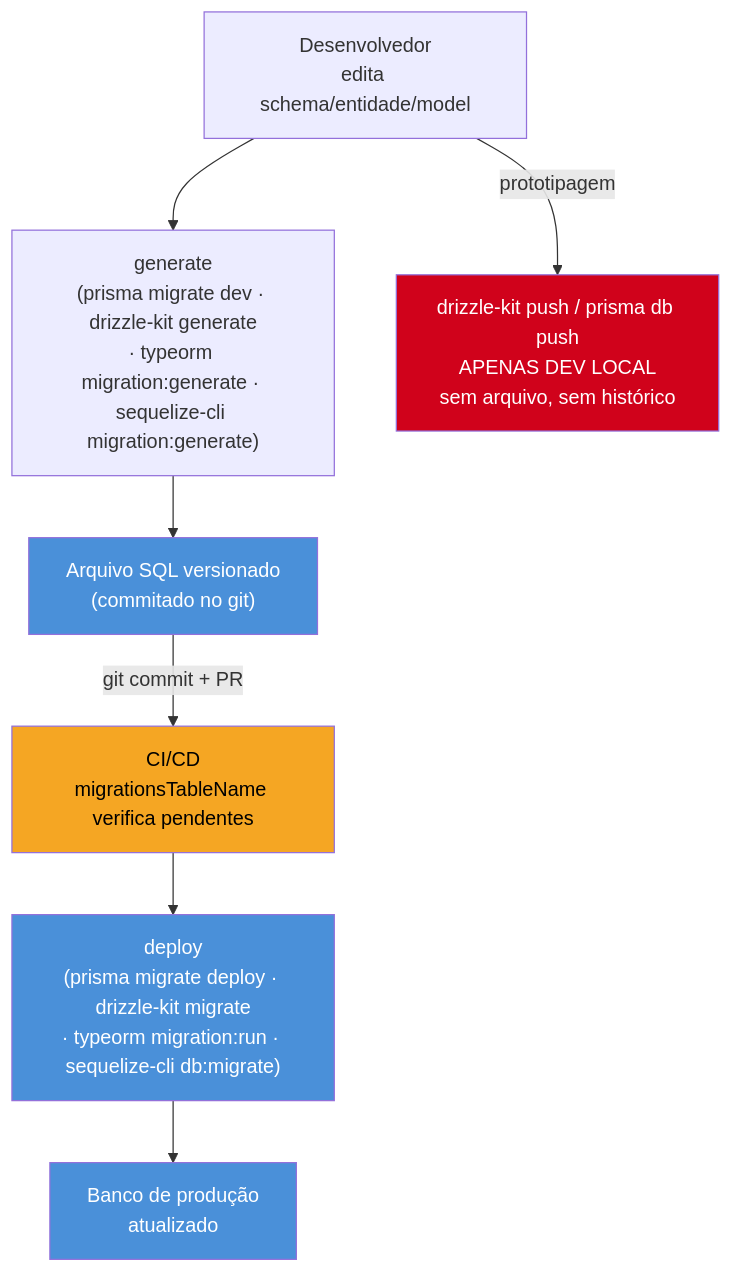
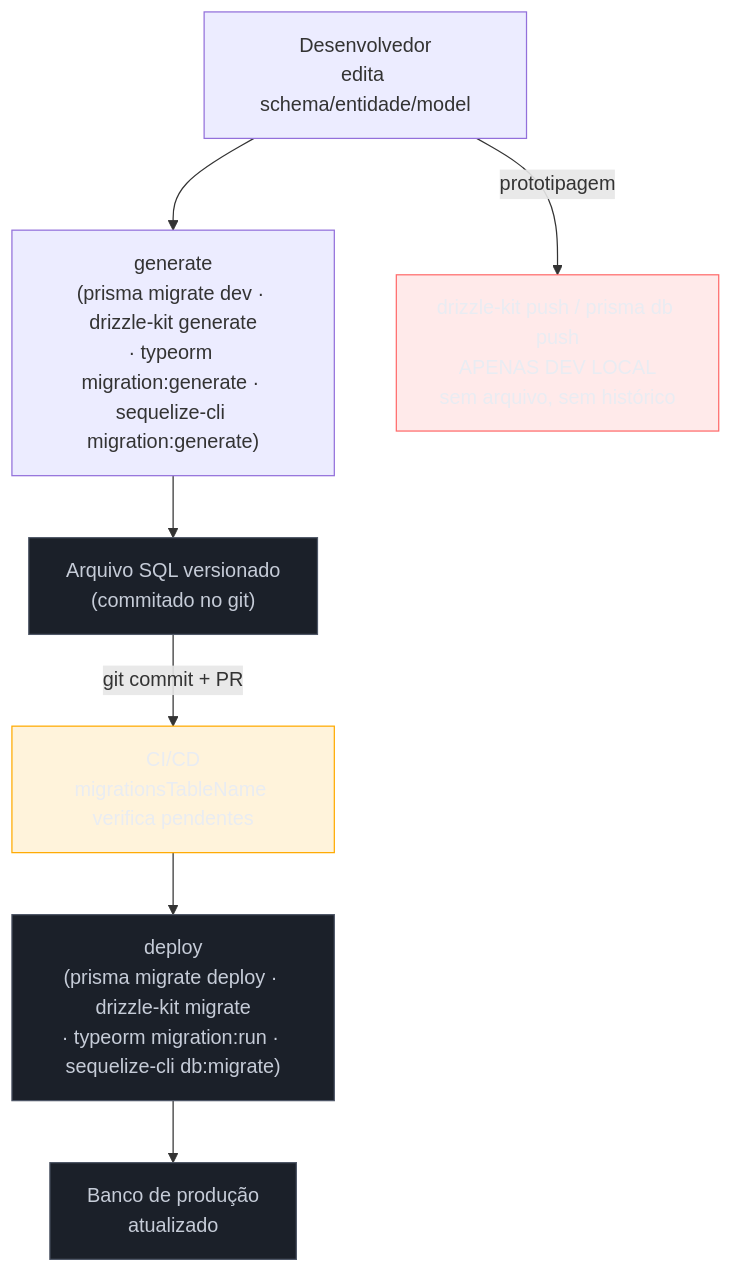
One commit to josenaldo/codex-technomanticus changed the diagram in 03-Dominios/Tecnologia/Node/ORMs e banco de dados/07 - Migrations e versionamento de schema.md. Above: the diagram before and after it, drawn with Mermaid. The commit also changed 1181 other files, not shown here.

First line of the commit message:
fix(diagramas): paleta do sistema no lugar de cor cravada no markdown

````diff
--- a/03-Dominios/Tecnologia/Node/ORMs e banco de dados/07 - Migrations e versionamento de schema.md
+++ b/03-Dominios/Tecnologia/Node/ORMs e banco de dados/07 - Migrations e versionamento de schema.md
@@ -26,24 +26,27 @@
 ```mermaid
 flowchart TD
+    classDef neutro fill:#1B2029,stroke:#4E5666,color:#C6CCD8
+    classDef falha fill:#FF6B6B24,stroke:#FF6B6B,color:#E9ECF2
+    classDef destaque fill:#FFAA0024,stroke:#FFAA00,color:#E9ECF2
     DEV["Desenvolvedor\nedita schema/entidade/model"]
     GEN["generate\n(prisma migrate dev · drizzle-kit generate\n· typeorm migration:generate · sequelize-cli migration:generate)"]
     FILE["Arquivo SQL versionado\n(commitado no git)"]
     CI["CI/CD\nmigrationsTableName verifica pendentes"]
     APPLY["deploy\n(prisma migrate deploy · drizzle-kit migrate\n· typeorm migration:run · sequelize-cli db:migrate)"]
     PROD["Banco de produção\natualizado"]
 
     DEV --> GEN
     GEN --> FILE
     FILE -->|"git commit + PR"| CI
     CI --> APPLY
     APPLY --> PROD
 
     PUSH["drizzle-kit push / prisma db push\nAPENAS DEV LOCAL\nsem arquivo, sem histórico"]
     DEV -->|"prototipagem"| PUSH
 
-    style FILE fill:#4A90D9,color:#fff
-    style APPLY fill:#4A90D9,color:#fff
-    style PUSH fill:#D0021B,color:#fff
-    style CI fill:#F5A623,color:#000
-    style PROD fill:#4A90D9,color:#fff
+    class FILE neutro
+    class APPLY neutro
+    class PUSH falha
+    class CI destaque
+    class PROD neutro
 ```
````
